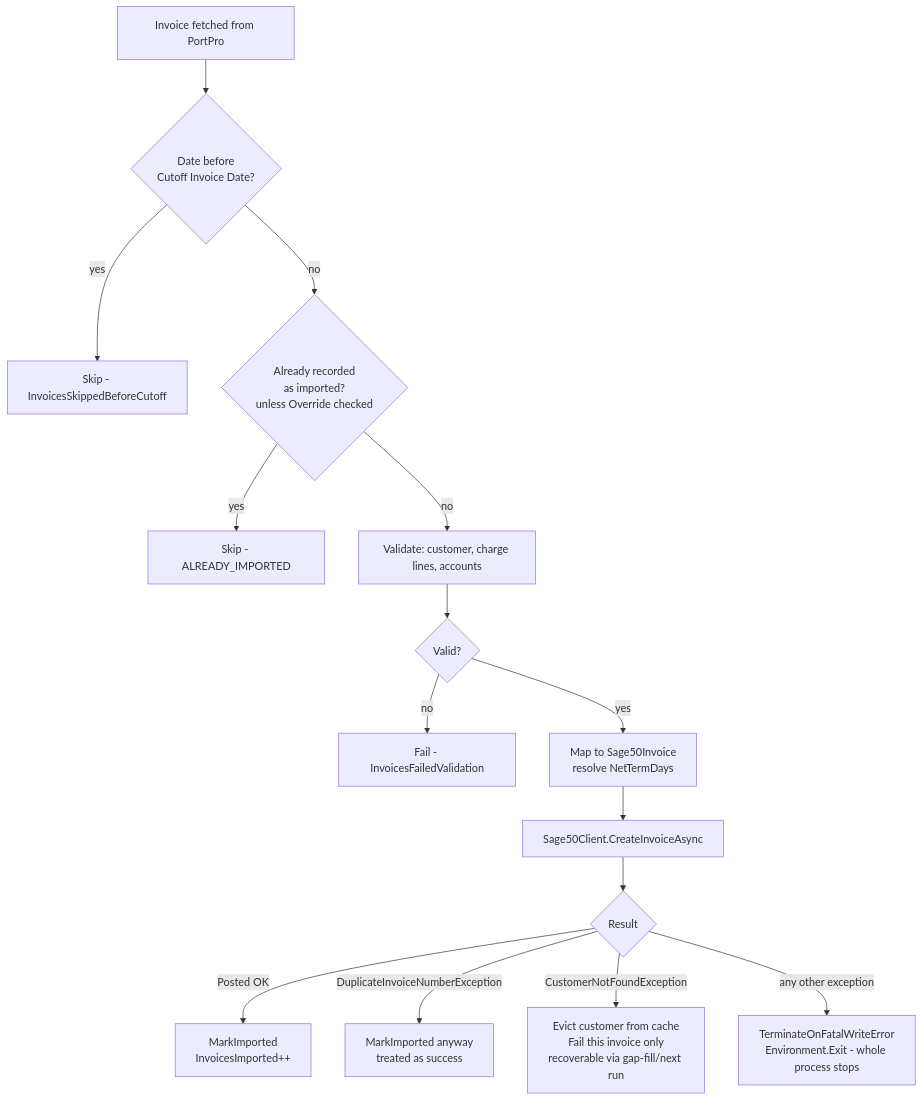
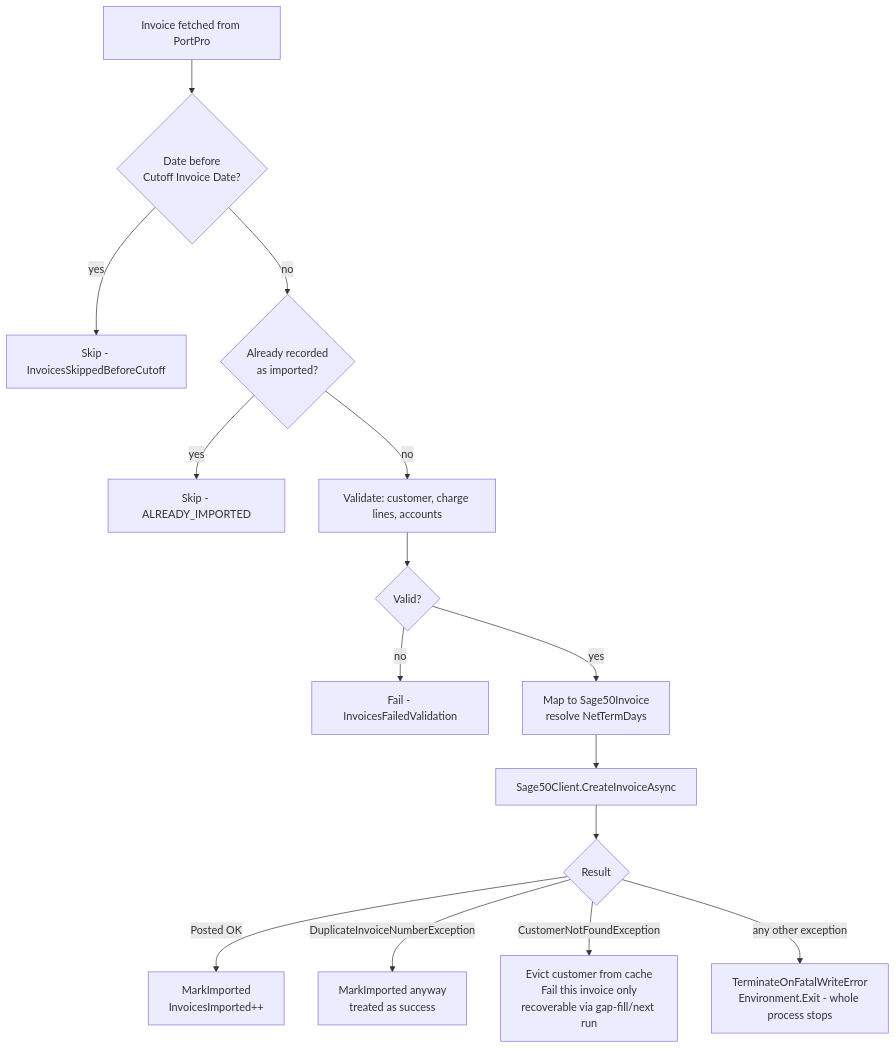
One commit to smallfleet/PortProSageSync changed the third of 6 diagrams in TECHNICAL_DESIGN.md. Above: the diagram before and after it, drawn with Mermaid. The commit also changed other lines of this file and 6 other files, not shown here.

````diff
--- a/TECHNICAL_DESIGN.md
+++ b/TECHNICAL_DESIGN.md
@@ -419,17 +435,17 @@
 ```mermaid
 flowchart TD
     A[Invoice fetched from PortPro] --> B{Date before<br/>Cutoff Invoice Date?}
     B -- yes --> B1[Skip - InvoicesSkippedBeforeCutoff]
-    B -- no --> C{Already recorded<br/>as imported?<br/>unless Override checked}
+    B -- no --> C{Already recorded<br/>as imported?}
     C -- yes --> C1[Skip - ALREADY_IMPORTED]
     C -- no --> D[Validate: customer, charge lines, accounts]
     D --> E{Valid?}
     E -- no --> E1[Fail - InvoicesFailedValidation]
     E -- yes --> F[Map to Sage50Invoice<br/>resolve NetTermDays]
     F --> G[Sage50Client.CreateInvoiceAsync]
     G --> H{Result}
     H -- Posted OK --> H1[MarkImported<br/>InvoicesImported++]
     H -- DuplicateInvoiceNumberException --> H2[MarkImported anyway<br/>treated as success]
     H -- CustomerNotFoundException --> H3[Evict customer from cache<br/>Fail this invoice only<br/>recoverable via gap-fill/next run]
     H -- any other exception --> H4[TerminateOnFatalWriteError<br/>Environment.Exit - whole process stops]
 ```
````
